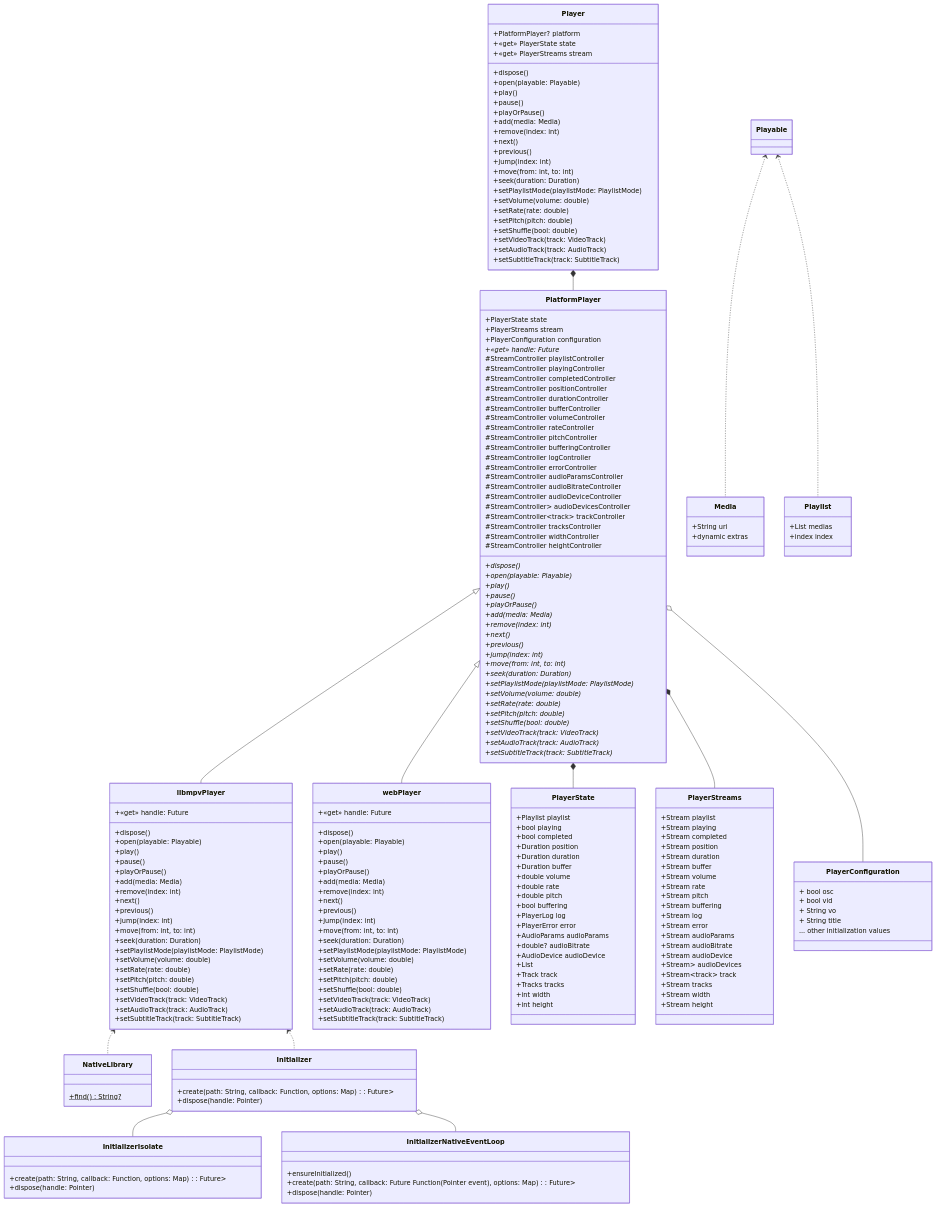
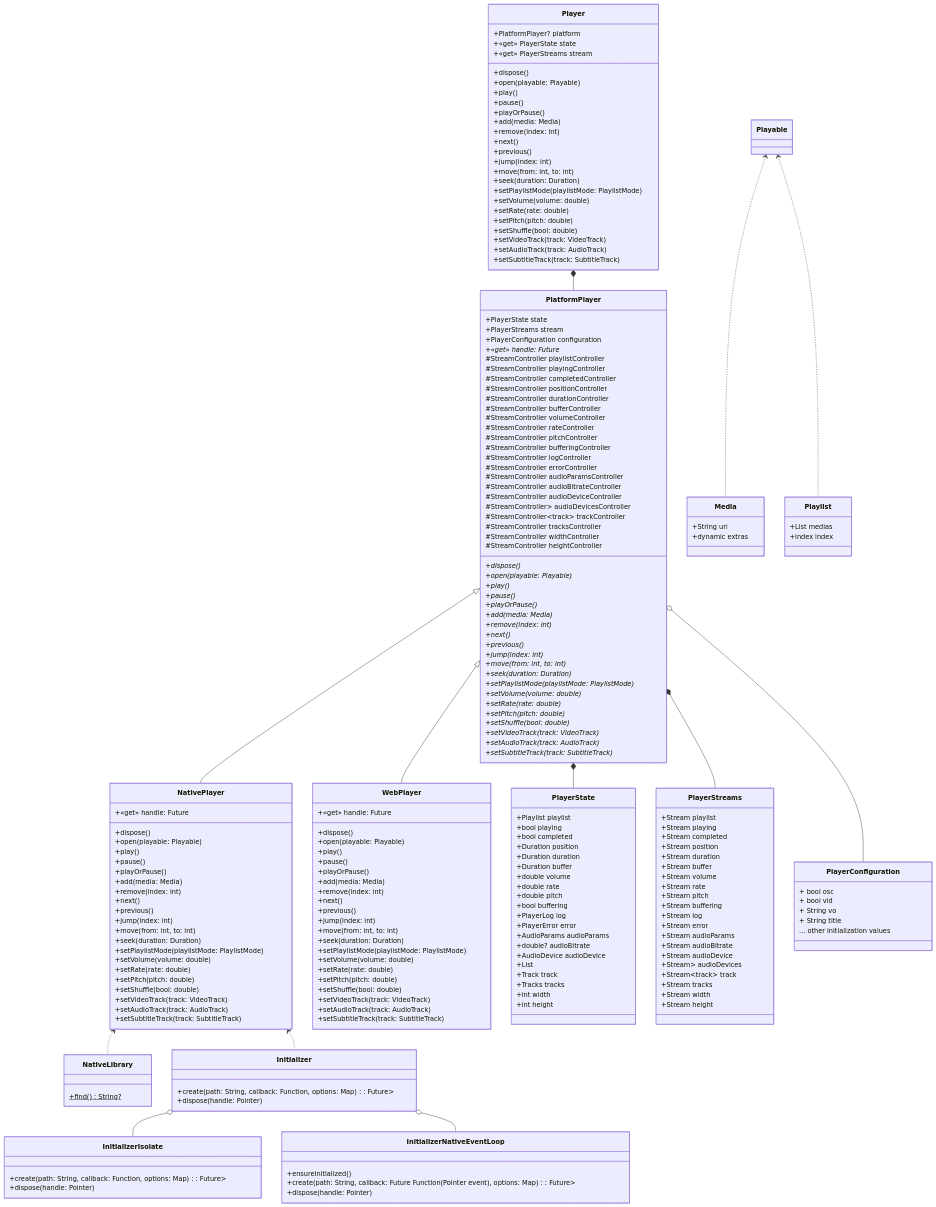
The first of 4 diagrams in README.md (coolight7/media-kit), drawn with Mermaid before and after one commit. The commit also changed other lines of this file and 1 other file, not shown here.

```diff
--- a/README.md
+++ b/README.md
@@ -1693,14 +1707,14 @@
 classDiagram
 
   Player *-- PlatformPlayer
-  PlatformPlayer <|-- libmpvPlayer
-  PlatformPlayer <|-- webPlayer
+  PlatformPlayer <|-- NativePlayer
+  PlatformPlayer <|-- WebPlayer
   PlatformPlayer *-- PlayerState
   PlatformPlayer *-- PlayerStreams
   PlatformPlayer o-- PlayerConfiguration
 
-  libmpvPlayer <.. NativeLibrary
-  libmpvPlayer <.. Initializer
+  NativePlayer <.. NativeLibrary
+  NativePlayer <.. Initializer
   Initializer o-- InitializerIsolate
   Initializer o-- InitializerNativeEventLoop
   
@@ -1868,7 +1882,7 @@
     #StreamController<int> heightController
   }
 
-  class libmpvPlayer {
+  class NativePlayer {
     +dispose()
     +open(playable: Playable)
     +play()
@@ -1893,7 +1907,7 @@
     +«get» handle: Future<int>
   }
   
-  class webPlayer {
+  class WebPlayer {
     +dispose()
     +open(playable: Playable)
     +play()
```
